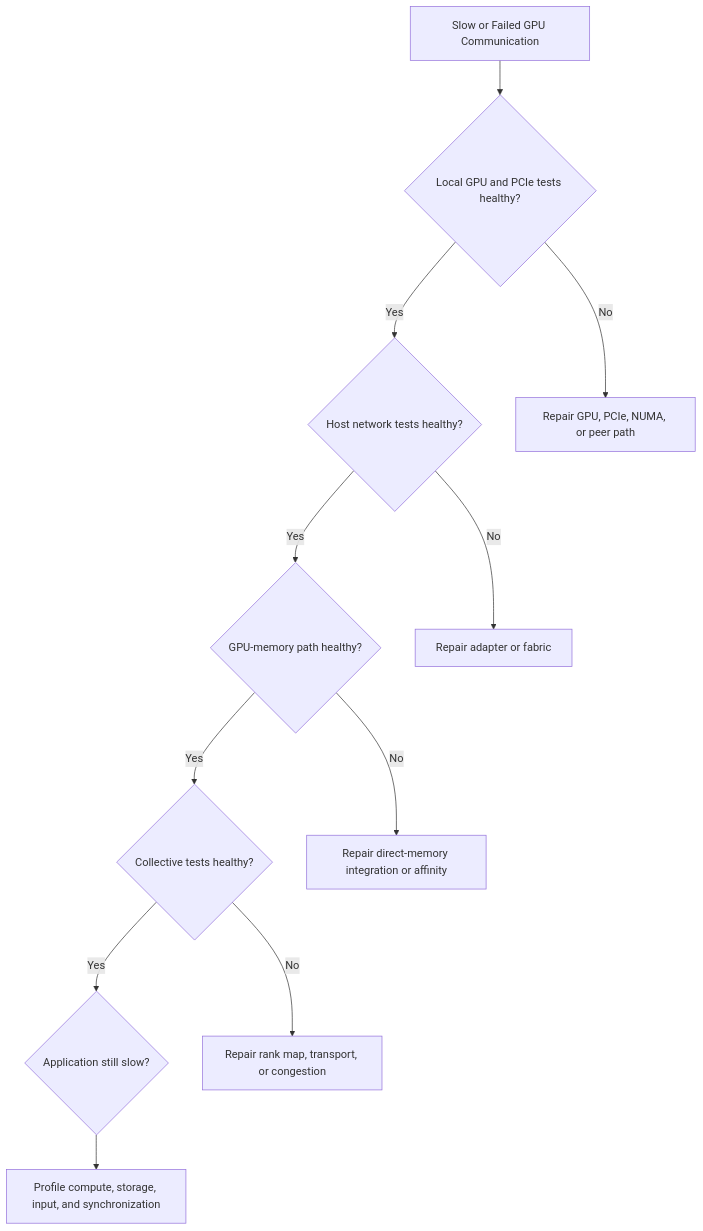
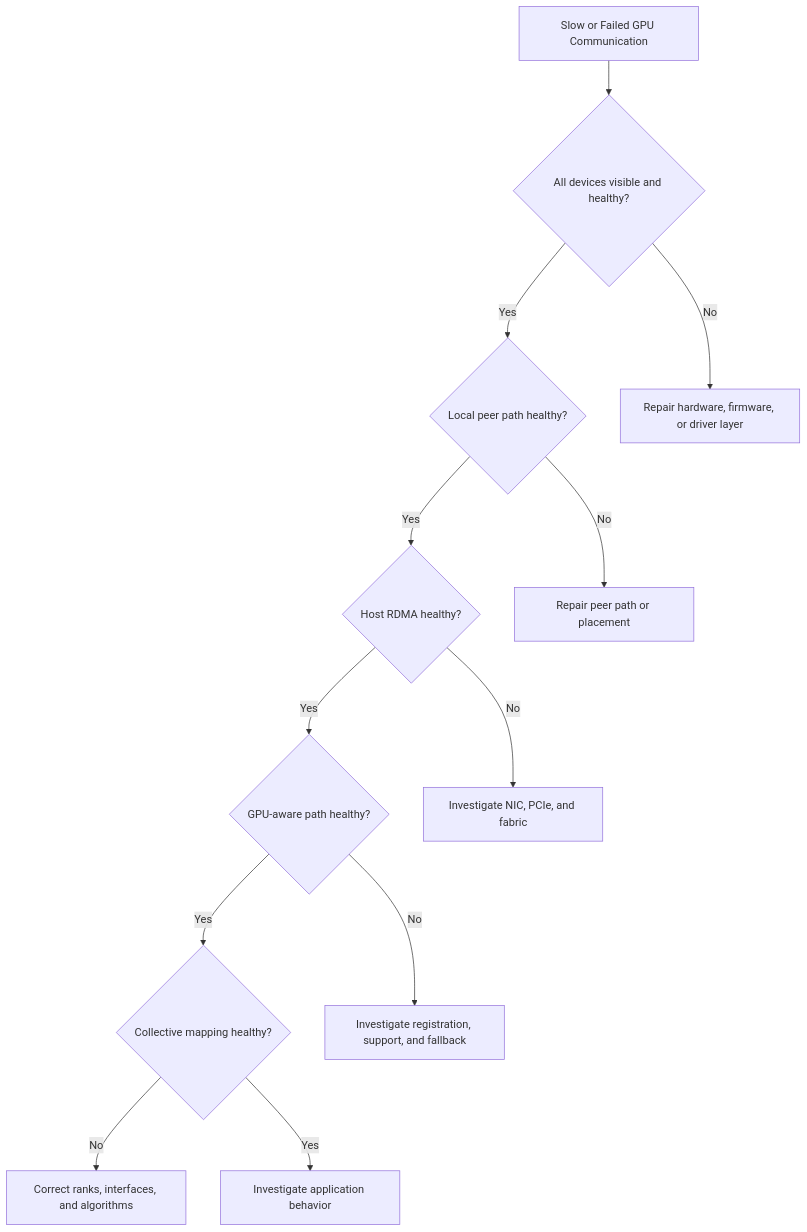
One commit to jithinpnjm/nvidia-devops changed the second of 2 diagrams in docs/nvidia-zero-to-hero/volume-07/chapter-12-volume-07-summary.md. Above: the diagram before and after it, drawn with Mermaid. The commit also changed other lines of this file, not shown here.

````diff
--- a/docs/nvidia-zero-to-hero/volume-07/chapter-12-volume-07-summary.md
+++ b/docs/nvidia-zero-to-hero/volume-07/chapter-12-volume-07-summary.md
@@ -196,20 +132,22 @@
 ```mermaid
 flowchart TD
     Symptom[Slow or Failed GPU Communication]
-    Local{Local GPU and PCIe tests healthy?}
-    Host{Host network tests healthy?}
-    Direct{GPU-memory path healthy?}
-    Collective{Collective tests healthy?}
-    App{Application still slow?}
+    Inventory{All devices visible and healthy?}
+    Local{Local peer path healthy?}
+    Host{Host RDMA healthy?}
+    GPUPath{GPU-aware path healthy?}
+    Collective{Collective mapping healthy?}
+    App[Investigate application behavior]
 
-    Symptom --> Local
-    Local -->|No| FixLocal[Repair GPU, PCIe, NUMA, or peer path]
+    Symptom --> Inventory
+    Inventory -->|No| HW[Repair hardware, firmware, or driver layer]
+    Inventory -->|Yes| Local
+    Local -->|No| Topology[Repair peer path or placement]
     Local -->|Yes| Host
-    Host -->|No| FixFabric[Repair adapter or fabric]
-    Host -->|Yes| Direct
-    Direct -->|No| FixDirect[Repair direct-memory integration or affinity]
-    Direct -->|Yes| Collective
-    Collective -->|No| FixCollective[Repair rank map, transport, or congestion]
+    Host -->|No| Fabric[Investigate NIC, PCIe, and fabric]
+    Host -->|Yes| GPUPath
+    GPUPath -->|No| Direct[Investigate registration, support, and fallback]
+    GPUPath -->|Yes| Collective
+    Collective -->|No| Mapping[Correct ranks, interfaces, and algorithms]
     Collective -->|Yes| App
-    App --> FixPipeline[Profile compute, storage, input, and synchronization]
 ```
````
